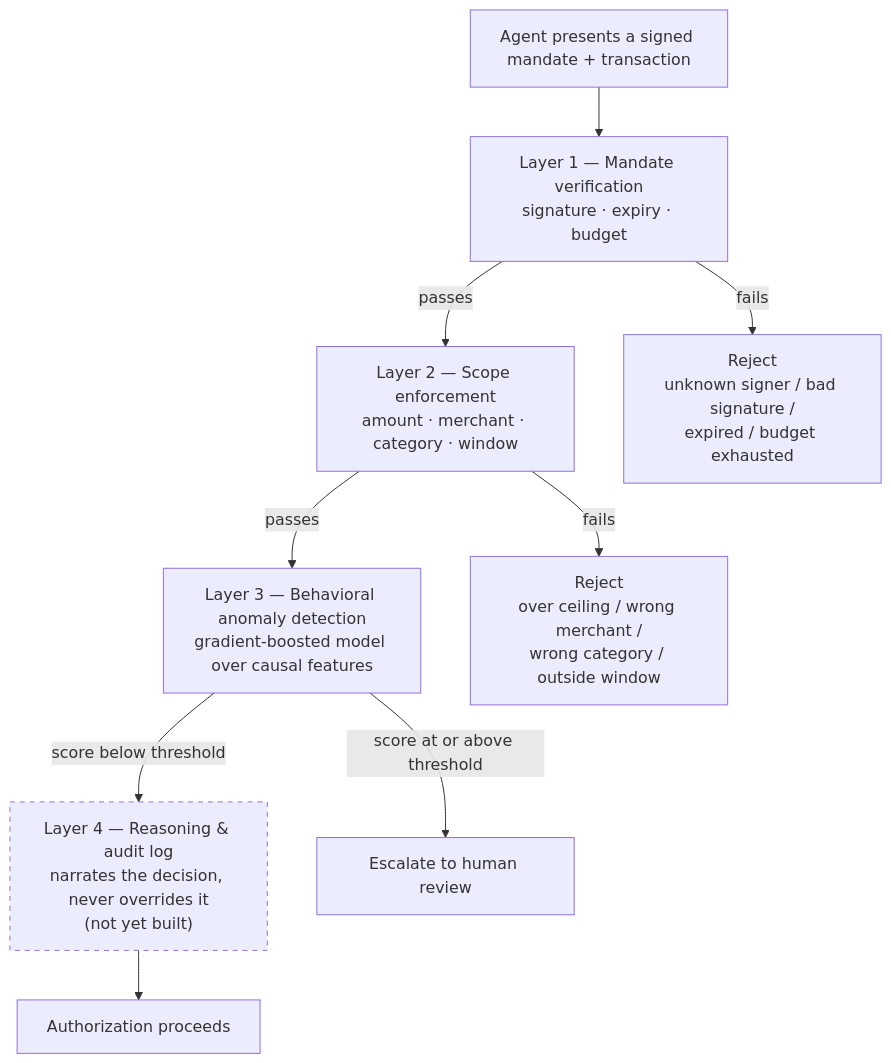
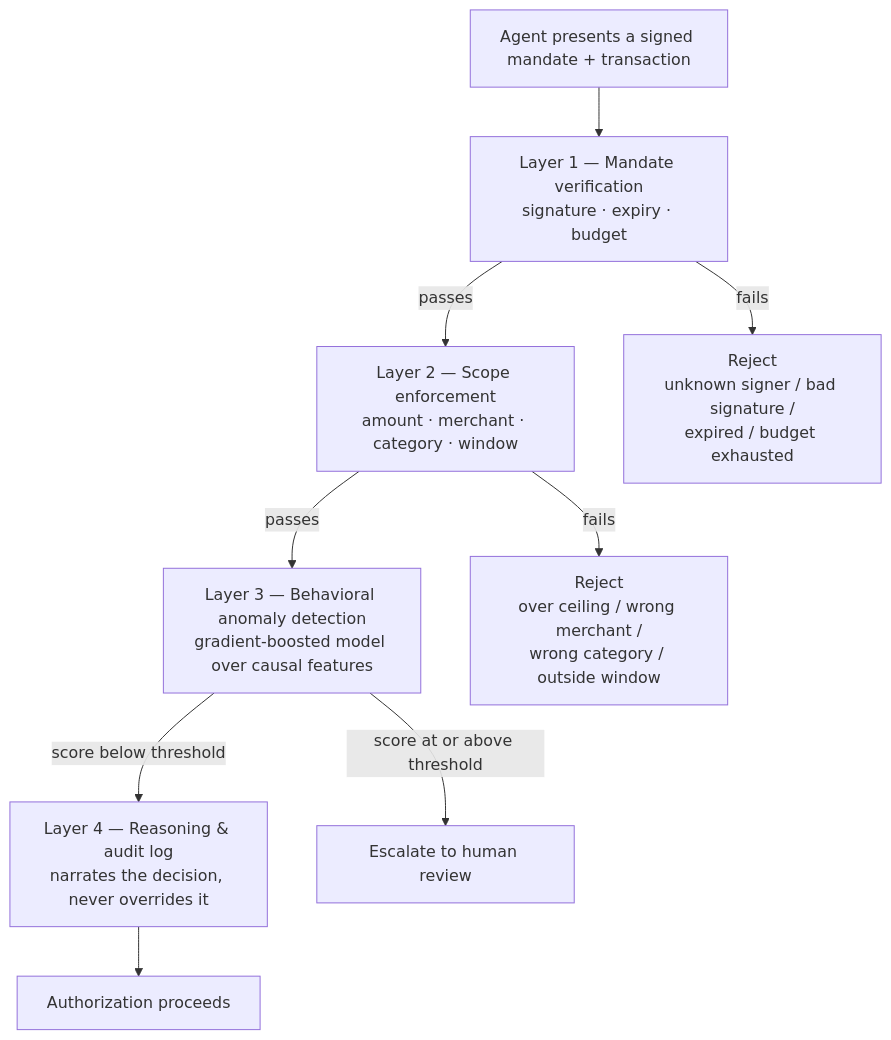
One commit to cfcmadlad/agentic-commerce-sentinel changed the first of 2 diagrams in README.md. Above: the diagram before and after it, drawn with Mermaid. The commit also changed other lines of this file and 35 other files, not shown here.

First line of the commit message:
Add reasoning layer and API service, rebuild the demo site with real data views

````diff
--- a/README.md
+++ b/README.md
@@ -74,17 +74,15 @@
 ```mermaid
 flowchart TD
     A["Agent presents a signed mandate + transaction"] --> L1
 
     L1["Layer 1 — Mandate verification\nsignature · expiry · budget"] -->|passes| L2
     L1 -->|fails| R1["Reject\nunknown signer / bad signature /\nexpired / budget exhausted"]
 
     L2["Layer 2 — Scope enforcement\namount · merchant · category · window"] -->|passes| L3
     L2 -->|fails| R2["Reject\nover ceiling / wrong merchant /\nwrong category / outside window"]
 
     L3["Layer 3 — Behavioral anomaly detection\ngradient-boosted model over causal features"] -->|score below threshold| L4
     L3 -->|score at or above threshold| ESC["Escalate to human review"]
 
-    L4["Layer 4 — Reasoning & audit log\nnarrates the decision, never overrides it\n(not yet built)"] --> OUT["Authorization proceeds"]
-
-    style L4 stroke-dasharray: 5 5
+    L4["Layer 4 — Reasoning & audit log\nnarrates the decision, never overrides it"] --> OUT["Authorization proceeds"]
 ```
````
